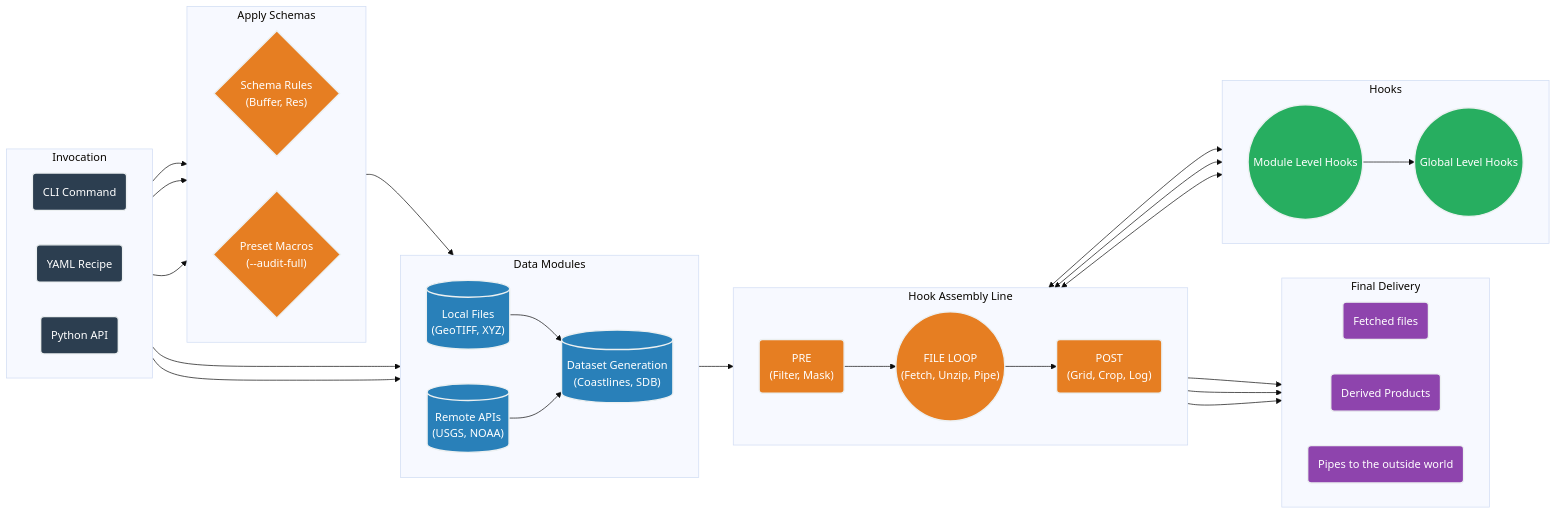
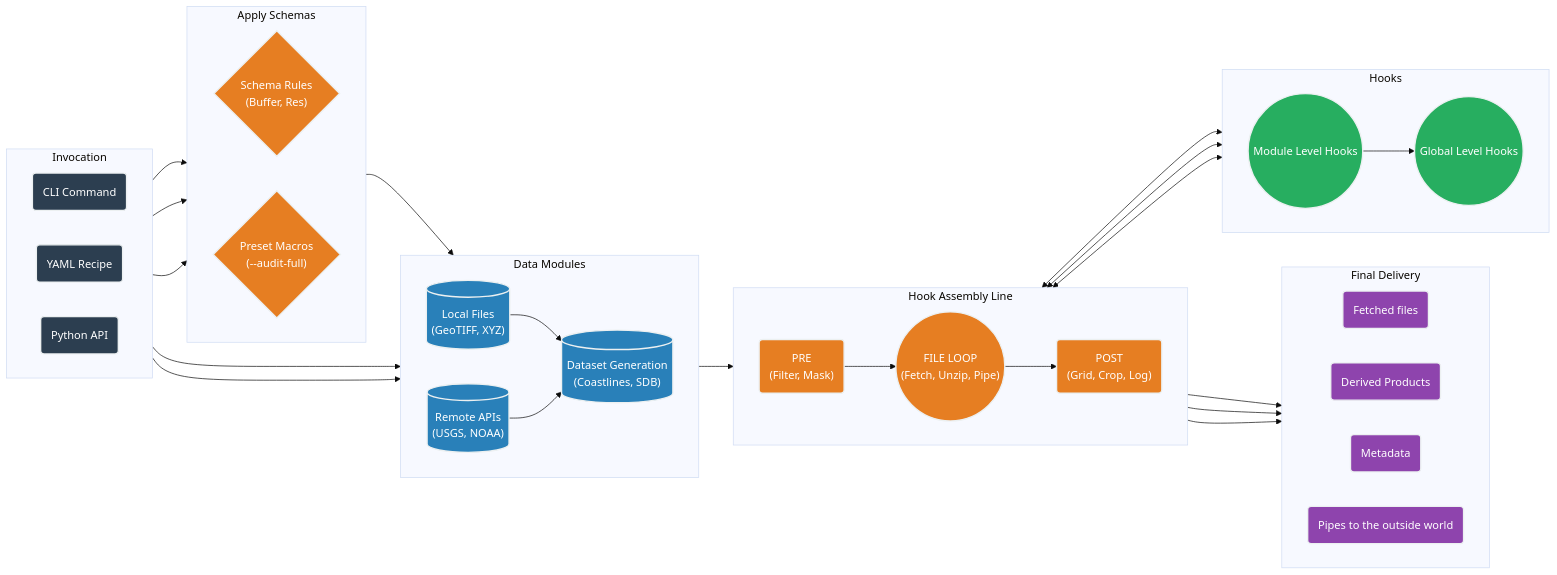
One commit to continuous-dems/fetchez changed the diagram in README.md. Above: the diagram before and after it, drawn with Mermaid (base theme).

Commit message:
mermaid test

````diff
--- a/README.md
+++ b/README.md
@@ -17,73 +17,74 @@
 ```mermaid
 flowchart LR
     %% Custom Styling
     classDef input fill:#2c3e50,stroke:#ecf0f1,stroke-width:2px,color:#fff,rx:5px,ry:5px;
     classDef engine fill:#e67e22,stroke:#ecf0f1,stroke-width:2px,color:#fff,rx:5px,ry:5px;
     classDef module fill:#2980b9,stroke:#ecf0f1,stroke-width:2px,color:#fff,rx:5px,ry:5px;
     classDef hook fill:#27ae60,stroke:#ecf0f1,stroke-width:2px,color:#fff,rx:5px,ry:5px;
     classDef output fill:#8e44ad,stroke:#ecf0f1,stroke-width:2px,color:#fff,rx:5px,ry:5px;
 
     subgraph Inputs ["Invocation"]
         direction LR
         CLI("CLI Command"):::input
         Recipe("YAML Recipe"):::input
         API("Python API"):::input
     end
 
     subgraph Schemas ["Apply Schemas"]
         direction LR
         Schema{"Schema Rules<br/>(Buffer, Res)"}:::engine
         Presets{"Preset Macros<br/>(--audit-full)"}:::engine
     end
 
     subgraph Sources ["Data Modules"]
         direction LR
         Remote[("Remote APIs<br/>(USGS, NOAA)")]:::module
         Local[("Local Files<br/>(GeoTIFF, XYZ)")]:::module
 		Tools[("Dataset Generation<br/>(Coastlines, SDB)")]:::module
 
 		Local --> Tools
         Remote --> Tools
     end
 
 
     subgraph Pipeline ["Hook Assembly Line"]
         direction LR
         Pre("PRE<br/>(Filter, Mask)"):::engine
         File(("FILE LOOP<br/>(Fetch, Unzip, Pipe)")):::engine
         Post("POST<br/>(Grid, Crop, Log)"):::engine
 
         Pre-->File
         File-->Post
     end
 
     subgraph Out ["Final Delivery"]
         direction LR
         Files("Fetched files"):::output
         Products("Derived Products"):::output
+		Metadata("Metadata"):::output
         Pipes("Pipes to the outside world"):::output
     end
 
     subgraph Hooks ["Hooks"]
         direction LR
         ModuleLevelHooks(("Module Level Hooks")):::hook
         GlobalLevelHooks(("Global Level Hooks")):::hook
         ModuleLevelHooks-->GlobalLevelHooks
     end
 
     %% Connections
     CLI --> Sources
     CLI --> Schemas
     API --> Sources
     Recipe --> Schemas
     API --> Schemas
     Schemas --> Sources
     Sources --> Pipeline
 	%% Sources --> Out
     Pre <--> Hooks
     Pre --> Out
     File <--> Hooks
     File --> Out
     Post <--> Hooks
     Post --> Out
 ```
````
